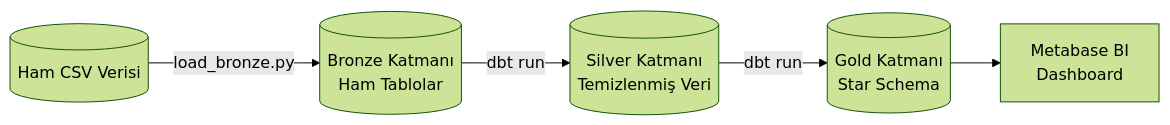
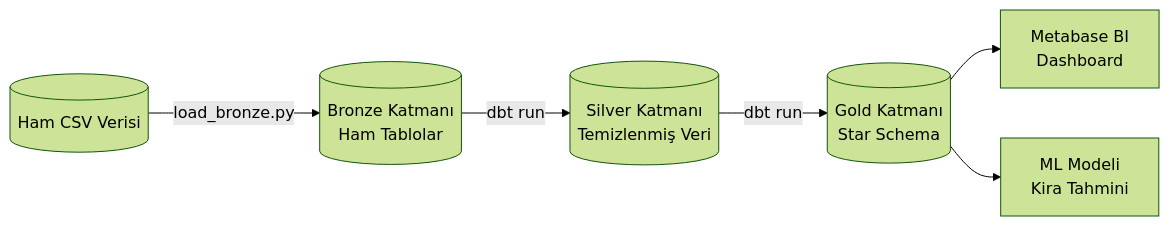
The third of 4 diagrams in README.md (luckylaplace/irish-rent-analytics), drawn with Mermaid (forest theme) before and after one commit. The commit also changed other lines of this file, not shown here.

````diff
--- a/README.md
+++ b/README.md
@@ -108,7 +188,8 @@
 ```mermaid
 graph LR
     A[(Ham CSV Verisi)] -->|load_bronze.py| B[(Bronze Katmanı<br/>Ham Tablolar)]
     B -->|dbt run| C[(Silver Katmanı<br/>Temizlenmiş Veri)]
     C -->|dbt run| D[(Gold Katmanı<br/>Star Schema)]
     D --> E[Metabase BI<br/>Dashboard]
+    D --> F[ML Modeli<br/>Kira Tahmini]
 ```
````
